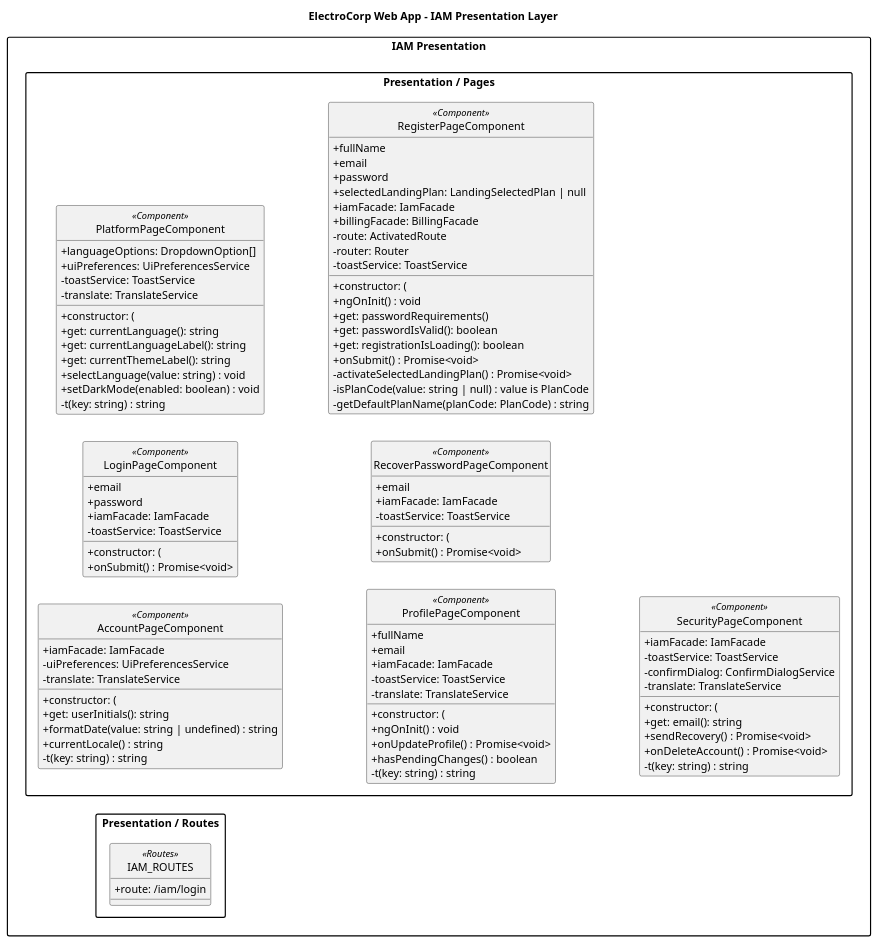
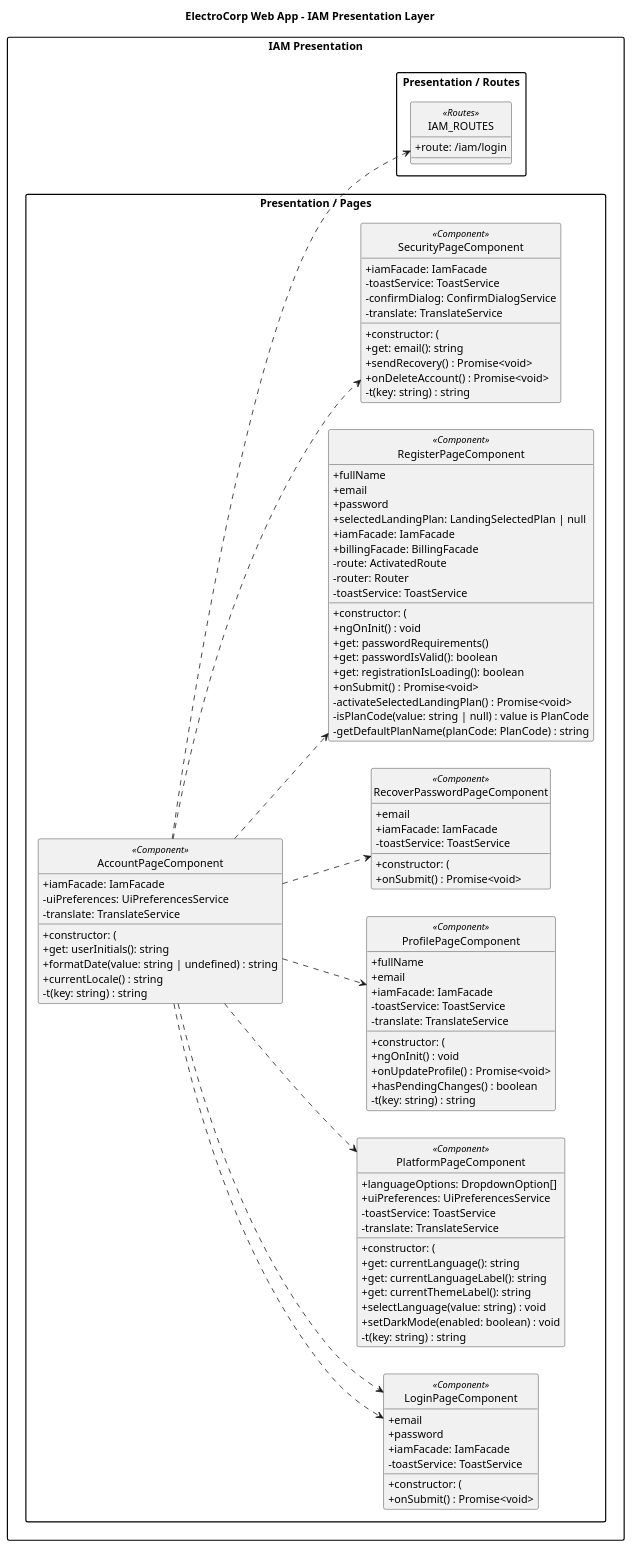
The diagram in docs/diagrams/class/frontend/presentation/frontend-presentation-iam-diagram.puml (upc-pre-202610-1asi0729-11896-ecorp/electrocorp-report), drawn with PlantUML before and after one commit. The commit also changed 17 other files, not shown here.

Commit message:
docs: connect frontend class diagram elements

```diff
--- a/docs/diagrams/class/frontend/presentation/frontend-presentation-iam-diagram.puml
+++ b/docs/diagrams/class/frontend/presentation/frontend-presentation-iam-diagram.puml
@@ -1,101 +1,111 @@
 @startuml
 title ElectroCorp Web App - IAM Presentation Layer
 left to right direction
 skinparam packageStyle rectangle
 skinparam shadowing false
 skinparam classAttributeIconSize 0
 hide circle
 
 package "IAM Presentation" {
   package "Presentation / Pages" {
     class "AccountPageComponent" as FrontendPresentation_iam_AccountPageComponent <<Component>> {
       + constructor: (
       + iamFacade: IamFacade
       - uiPreferences: UiPreferencesService
       - translate: TranslateService
       + get: userInitials(): string
       + formatDate(value: string | undefined) : string
       + currentLocale() : string
       - t(key: string) : string
     }
     class "LoginPageComponent" as FrontendPresentation_iam_LoginPageComponent <<Component>> {
       + email
       + password
       + constructor: (
       + iamFacade: IamFacade
       - toastService: ToastService
       + onSubmit() : Promise<void>
     }
     class "PlatformPageComponent" as FrontendPresentation_iam_PlatformPageComponent <<Component>> {
       + languageOptions: DropdownOption[]
       + constructor: (
       + uiPreferences: UiPreferencesService
       - toastService: ToastService
       - translate: TranslateService
       + get: currentLanguage(): string
       + get: currentLanguageLabel(): string
       + get: currentThemeLabel(): string
       + selectLanguage(value: string) : void
       + setDarkMode(enabled: boolean) : void
       - t(key: string) : string
     }
     class "ProfilePageComponent" as FrontendPresentation_iam_ProfilePageComponent <<Component>> {
       + fullName
       + email
       + constructor: (
       + iamFacade: IamFacade
       - toastService: ToastService
       - translate: TranslateService
       + ngOnInit() : void
       + onUpdateProfile() : Promise<void>
       + hasPendingChanges() : boolean
       - t(key: string) : string
     }
     class "RecoverPasswordPageComponent" as FrontendPresentation_iam_RecoverPasswordPageComponent <<Component>> {
       + email
       + constructor: (
       + iamFacade: IamFacade
       - toastService: ToastService
       + onSubmit() : Promise<void>
     }
     class "RegisterPageComponent" as FrontendPresentation_iam_RegisterPageComponent <<Component>> {
       + fullName
       + email
       + password
       + selectedLandingPlan: LandingSelectedPlan | null
       + constructor: (
       + iamFacade: IamFacade
       + billingFacade: BillingFacade
       - route: ActivatedRoute
       - router: Router
       - toastService: ToastService
       + ngOnInit() : void
       + get: passwordRequirements()
       + get: passwordIsValid(): boolean
       + get: registrationIsLoading(): boolean
       + onSubmit() : Promise<void>
       - activateSelectedLandingPlan() : Promise<void>
       - isPlanCode(value: string | null) : value is PlanCode
       - getDefaultPlanName(planCode: PlanCode) : string
     }
     class "SecurityPageComponent" as FrontendPresentation_iam_SecurityPageComponent <<Component>> {
       + constructor: (
       + iamFacade: IamFacade
       - toastService: ToastService
       - confirmDialog: ConfirmDialogService
       - translate: TranslateService
       + get: email(): string
       + sendRecovery() : Promise<void>
       + onDeleteAccount() : Promise<void>
       - t(key: string) : string
     }
   }
   package "Presentation / Routes" {
     class "IAM_ROUTES" as FrontendPresentation_iam_IAM_ROUTES <<Routes>> {
       + route: /iam/login
     }
   }
 }
 
 
+' Relationship completion: every declared type participates in the frontend diagram.
+FrontendPresentation_iam_AccountPageComponent ..> FrontendPresentation_iam_LoginPageComponent
+FrontendPresentation_iam_AccountPageComponent ..> FrontendPresentation_iam_LoginPageComponent
+FrontendPresentation_iam_AccountPageComponent ..> FrontendPresentation_iam_PlatformPageComponent
+FrontendPresentation_iam_AccountPageComponent ..> FrontendPresentation_iam_ProfilePageComponent
+FrontendPresentation_iam_AccountPageComponent ..> FrontendPresentation_iam_RecoverPasswordPageComponent
+FrontendPresentation_iam_AccountPageComponent ..> FrontendPresentation_iam_RegisterPageComponent
+FrontendPresentation_iam_AccountPageComponent ..> FrontendPresentation_iam_SecurityPageComponent
+FrontendPresentation_iam_AccountPageComponent ..> FrontendPresentation_iam_IAM_ROUTES
+
 @enduml
```
